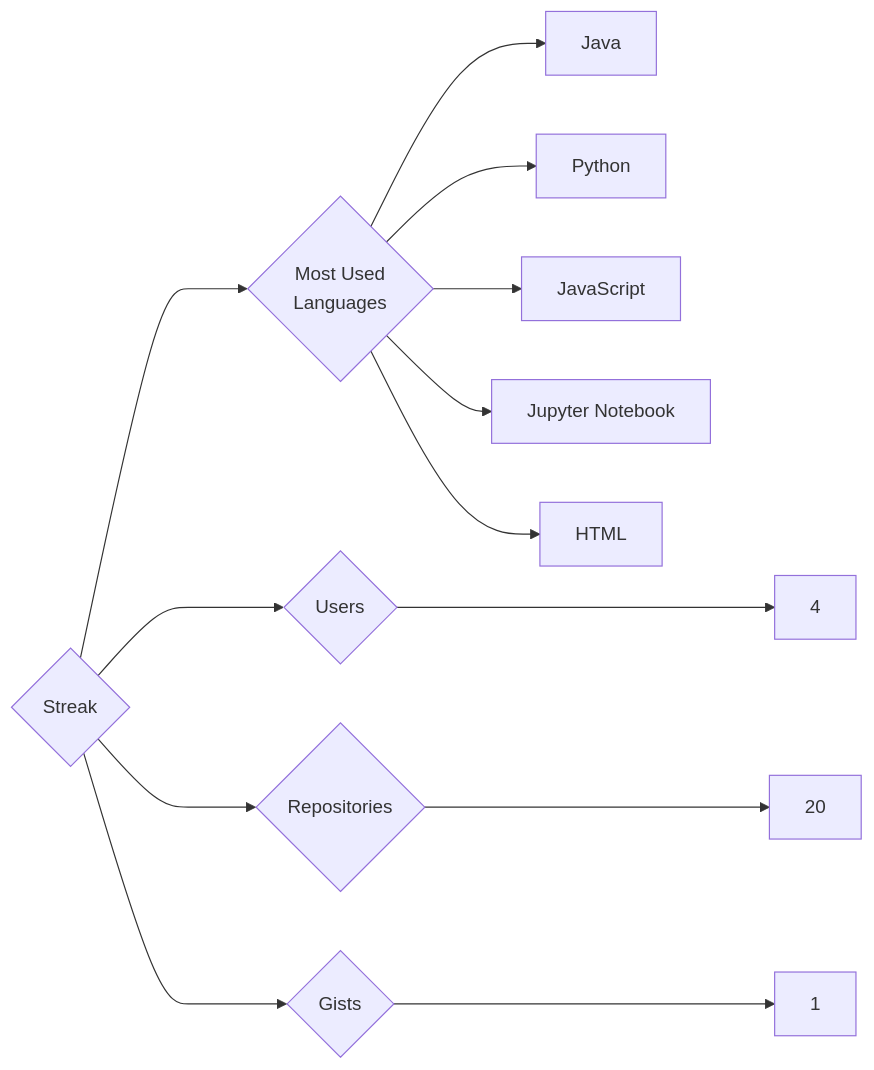
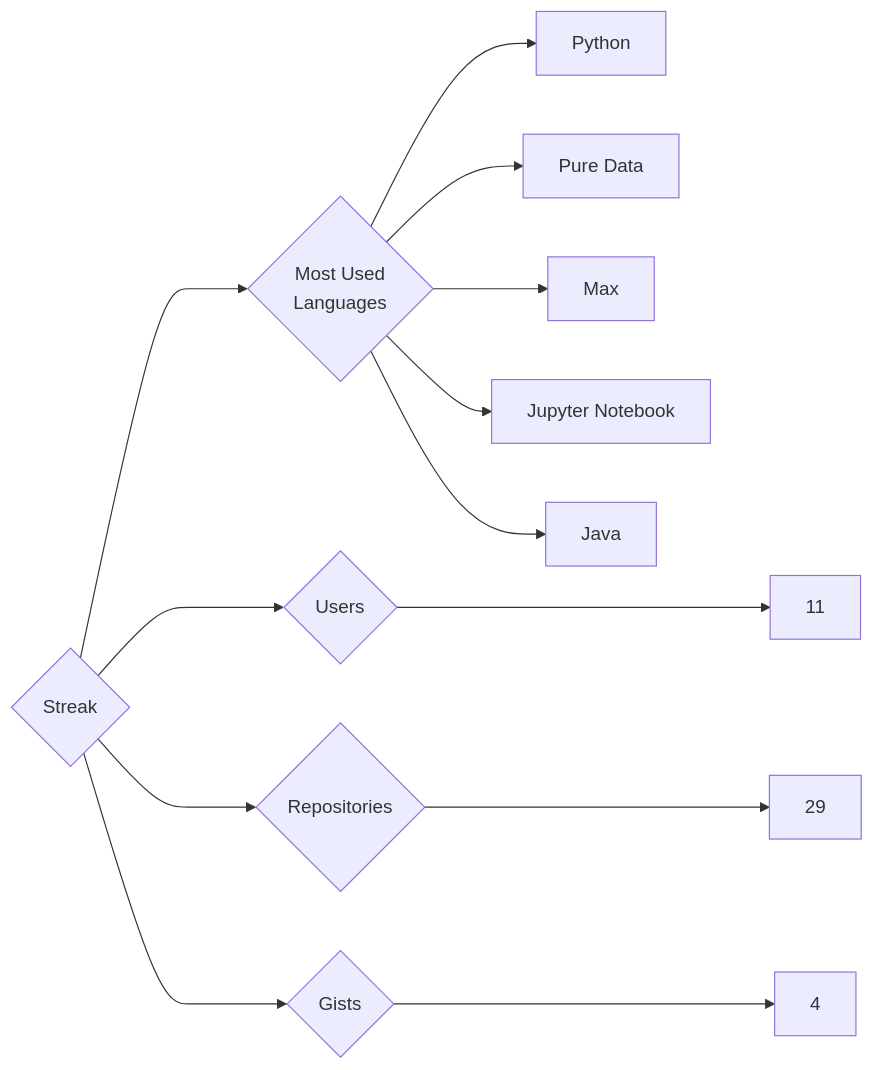
The diagram in targets/Streak/README.md (trickest/insiders), drawn with Mermaid before and after one commit. The commit also changed 878 other files, not shown here.

````diff
--- a/targets/Streak/README.md
+++ b/targets/Streak/README.md
@@ -3,13 +3,13 @@
 ```mermaid
 graph LR
 COMPANY_NAME{Streak}
-COMPANY_NAME ---> U{Users} ---> UN[4]
-COMPANY_NAME ---> R{Repositories} ---> RN[20]
-COMPANY_NAME ---> G{Gists} ---> GN[1]
+COMPANY_NAME ---> U{Users} ---> UN[11]
+COMPANY_NAME ---> R{Repositories} ---> RN[29]
+COMPANY_NAME ---> G{Gists} ---> GN[4]
 COMPANY_NAME ---> ML{Most Used<br>Languages}
+ML --> Python[Python]
+ML --> Pure_Data[Pure Data]
+ML --> Max[Max]
+ML --> Jupyter_Notebook[Jupyter Notebook]
 ML --> Java[Java]
-ML --> Python[Python]
-ML --> JavaScript[JavaScript]
-ML --> Jupyter_Notebook[Jupyter Notebook]
-ML --> HTML[HTML]
 ```
````
